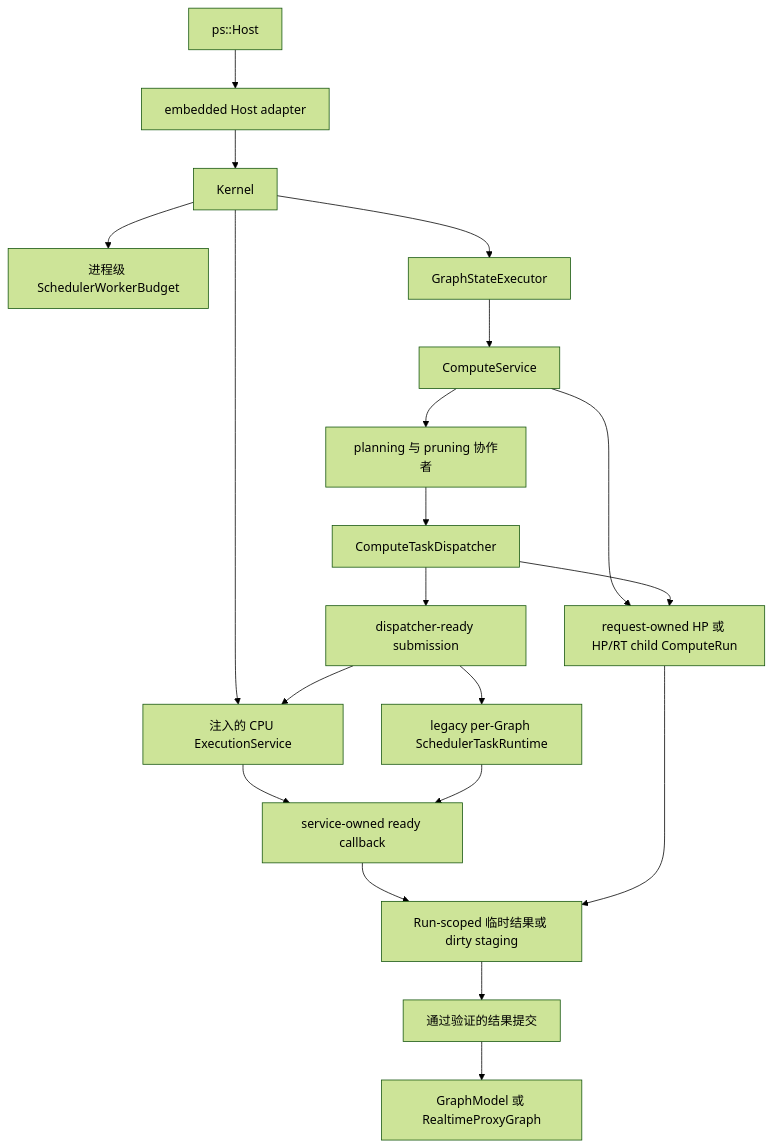
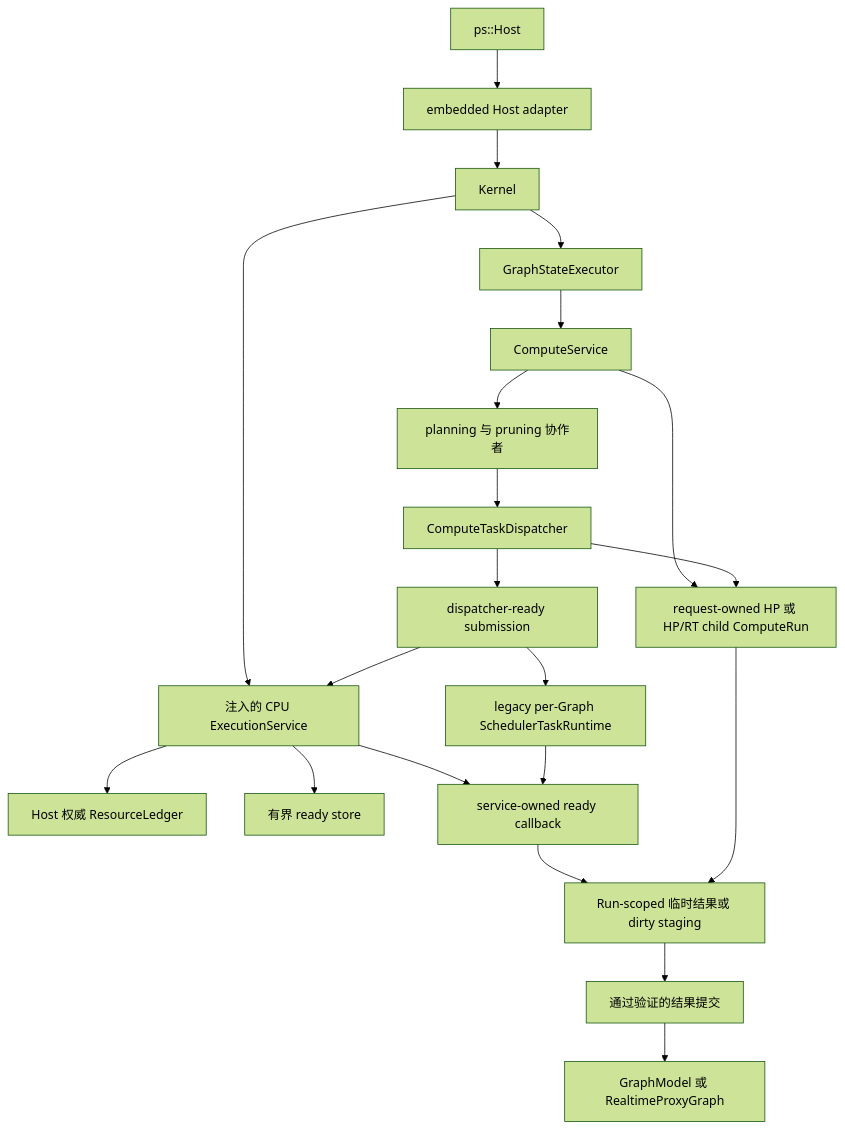
Before and after one commit to kevin-zf1123/photospider: the diagram in docs/kernel-architecture/zh/Compute-Boundaries.zh.md, drawn with Mermaid (forest theme). The commit also changed other lines of this file and 54 other files, not shown here.

First line of the commit message:
[add] enforce Host resource-ledger admission

````diff
--- a/docs/kernel-architecture/zh/Compute-Boundaries.zh.md
+++ b/docs/kernel-architecture/zh/Compute-Boundaries.zh.md
@@ -20,22 +20,23 @@
 ```mermaid
 flowchart TD
   HOST["ps::Host"] --> ADAPTER["embedded Host adapter"]
   ADAPTER --> KERNEL["Kernel"]
-  KERNEL --> BUDGET["进程级 SchedulerWorkerBudget"]
   KERNEL --> EXEC["注入的 CPU ExecutionService"]
+  EXEC --> LEDGER["Host 权威 ResourceLedger"]
+  EXEC --> STORE["有界 ready store"]
   KERNEL --> GSE["GraphStateExecutor"]
   GSE --> SERVICE["ComputeService"]
   SERVICE --> RUN["request-owned HP 或 HP/RT child ComputeRun"]
   SERVICE --> PLAN["planning 与 pruning 协作者"]
   PLAN --> DISPATCH["ComputeTaskDispatcher"]
   DISPATCH --> RUN
   DISPATCH --> READY["dispatcher-ready submission"]
   READY --> EXEC
   READY --> RUNTIME["legacy per-Graph SchedulerTaskRuntime"]
   EXEC --> CALLBACK["service-owned ready callback"]
   RUNTIME --> CALLBACK
   CALLBACK --> TEMP["Run-scoped 临时结果或 dirty staging"]
   RUN --> TEMP
   TEMP --> COMMIT["通过验证的结果提交"]
   COMMIT --> GRAPH["GraphModel 或 RealtimeProxyGraph"]
 ```
````
